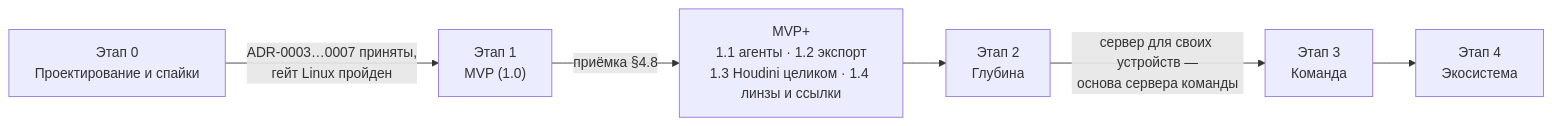
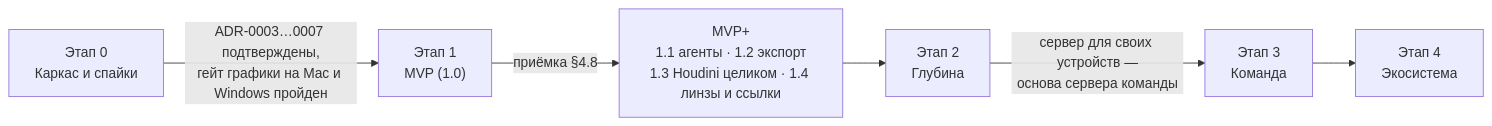
One commit to AntonZyuzin/Strata changed the first of 2 diagrams in docs/16-roadmap.md. Above: the diagram before and after it, drawn with Mermaid. The commit also changed other lines of this file and 11 other files, not shown here.

First line of the commit message:
docs: round-2 updates to roadmap, ADRs (accepted, ADR-0009 license) and traceability (work in progress)

````diff
--- a/docs/16-roadmap.md
+++ b/docs/16-roadmap.md
@@ -41,14 +75,14 @@
 ```mermaid
 flowchart LR
-  E0["Этап 0<br/>Проектирование и спайки"]
+  E0["Этап 0<br/>Каркас и спайки"]
   E1["Этап 1<br/>MVP (1.0)"]
   E1X["MVP+<br/>1.1 агенты · 1.2 экспорт<br/>1.3 Houdini целиком · 1.4 линзы и ссылки"]
   E2["Этап 2<br/>Глубина"]
   E3["Этап 3<br/>Команда"]
   E4["Этап 4<br/>Экосистема"]
-  E0 -->|"ADR-0003…0007 приняты,<br/>гейт Linux пройден"| E1
+  E0 -->|"ADR-0003…0007 подтверждены,<br/>гейт графики на Mac и Windows пройден"| E1
   E1 -->|"приёмка §4.8"| E1X
   E1X --> E2
   E2 -->|"сервер для своих устройств —<br/>основа сервера команды"| E3
   E3 --> E4
 ```
````
